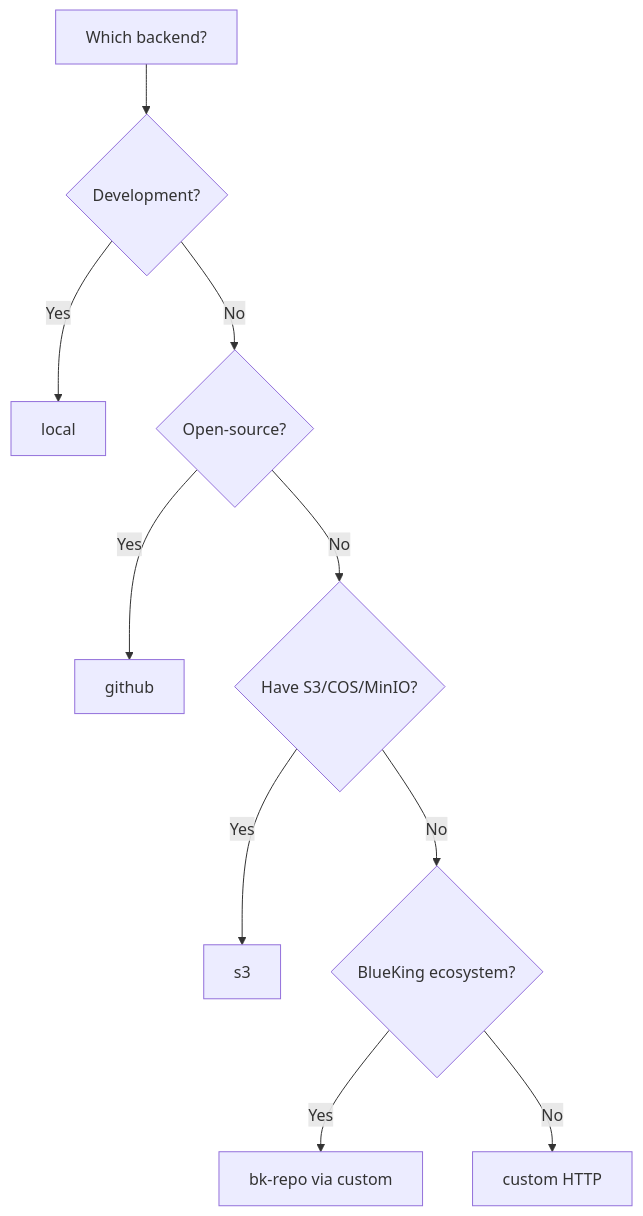
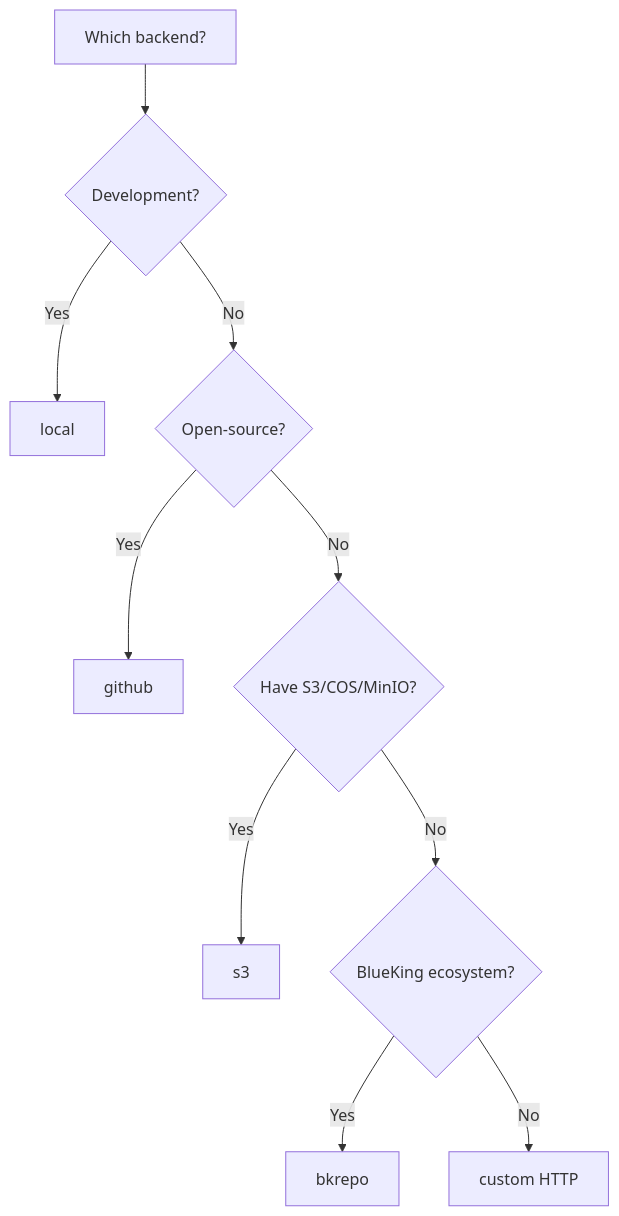
Before and after one commit to loonghao/agentverse: the diagram in docs/storage/index.md, drawn with Mermaid. The commit also changed other lines of this file and 6 other files, not shown here.

````diff
--- a/docs/storage/index.md
+++ b/docs/storage/index.md
@@ -42,12 +42,12 @@
 ```mermaid
 graph TD
     A[Which backend?] --> B{Development?}
     B -->|Yes| C[local]
     B -->|No| D{Open-source?}
     D -->|Yes| E[github]
     D -->|No| F{Have S3/COS/MinIO?}
     F -->|Yes| G[s3]
     F -->|No| H{BlueKing ecosystem?}
-    H -->|Yes| I[bk-repo via custom]
+    H -->|Yes| I[bkrepo]
     H -->|No| J[custom HTTP]
 ```
````
